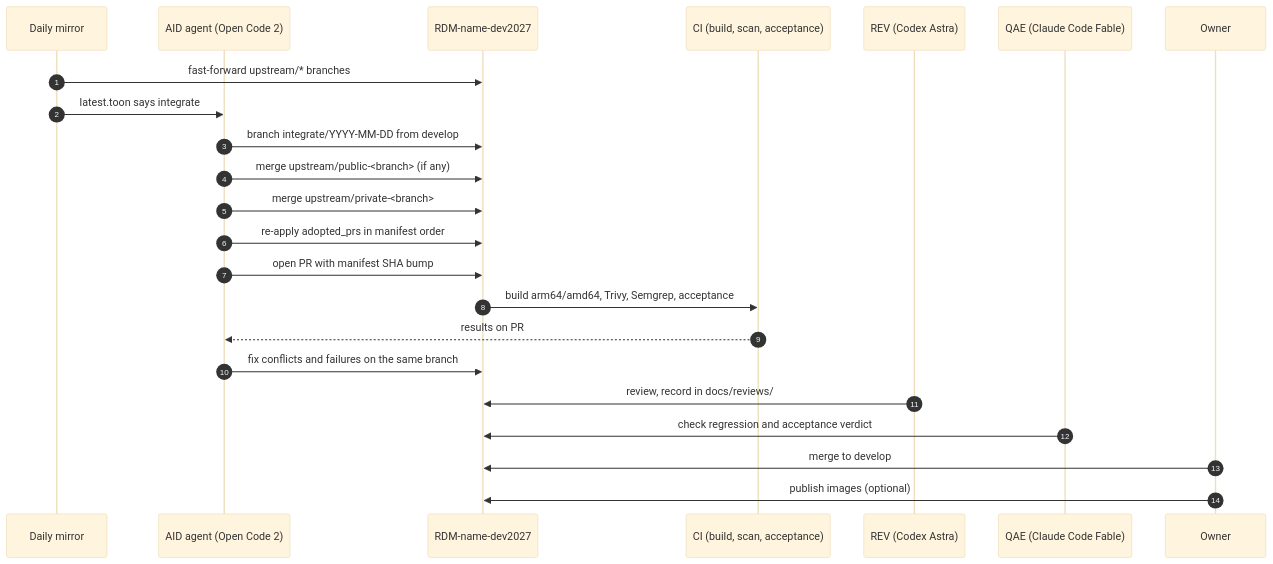
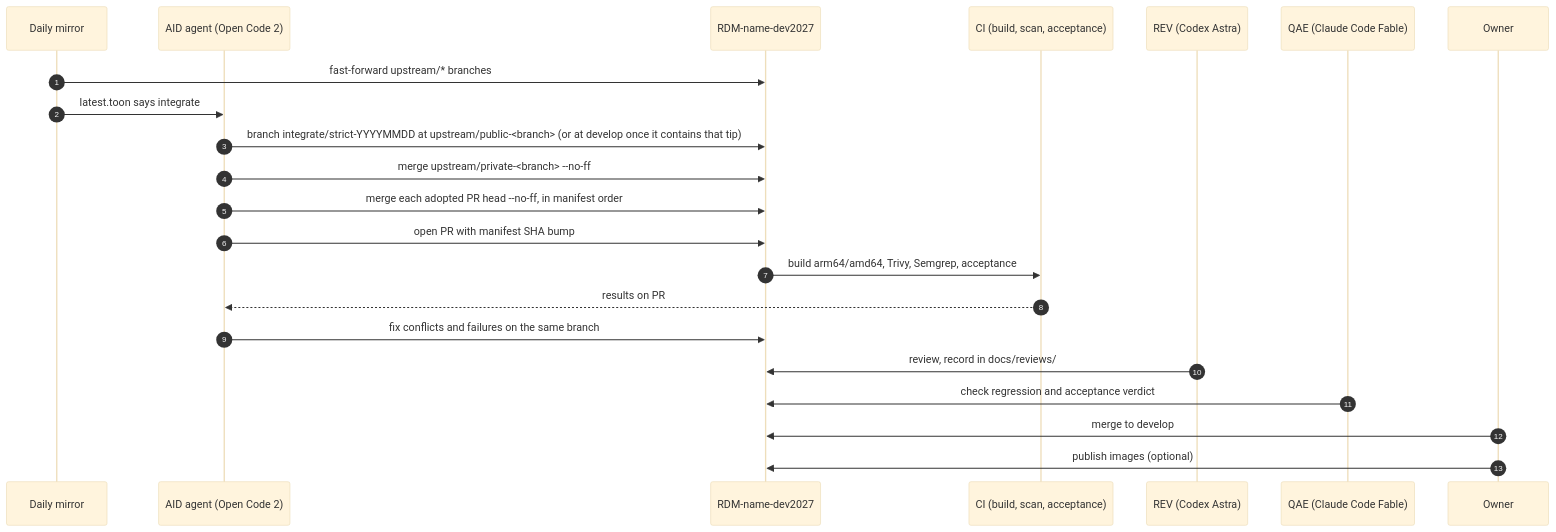
The first of 2 diagrams in docs/spec/05_upstream_tracking.md (RCOSDP/RDM-developer-guide), drawn with Mermaid (base theme) before and after one commit. The commit also changed other lines of this file and 5 other files, not shown here.

First line of the commit message:
feat(upstream): grdm-dev upstream mirror / integrate を実装（SPEC-05）

````diff
--- a/docs/spec/05_upstream_tracking.md
+++ b/docs/spec/05_upstream_tracking.md
@@ -82,26 +92,25 @@
 ```mermaid
 sequenceDiagram
   autonumber
   participant Mir as Daily mirror
   participant AID as AID agent (Open Code 2)
   participant Repo as RDM-name-dev2027
   participant CI as CI (build, scan, acceptance)
   participant REV as REV (Codex Astra)
   participant QAE as QAE (Claude Code Fable)
   participant Own as Owner
 
   Mir->>Repo: fast-forward upstream/* branches
   Mir->>AID: latest.toon says integrate
-  AID->>Repo: branch integrate/YYYY-MM-DD from develop
-  AID->>Repo: merge upstream/public-<branch> (if any)
-  AID->>Repo: merge upstream/private-<branch>
-  AID->>Repo: re-apply adopted_prs in manifest order
+  AID->>Repo: branch integrate/strict-YYYYMMDD at upstream/public-<branch> (or at develop once it contains that tip)
+  AID->>Repo: merge upstream/private-<branch> --no-ff
+  AID->>Repo: merge each adopted PR head --no-ff, in manifest order
   AID->>Repo: open PR with manifest SHA bump
   Repo->>CI: build arm64/amd64, Trivy, Semgrep, acceptance
   CI-->>AID: results on PR
   AID->>Repo: fix conflicts and failures on the same branch
   REV->>Repo: review, record in docs/reviews/
   QAE->>Repo: check regression and acceptance verdict
   Own->>Repo: merge to develop
   Own->>Repo: publish images (optional)
 ```
````
